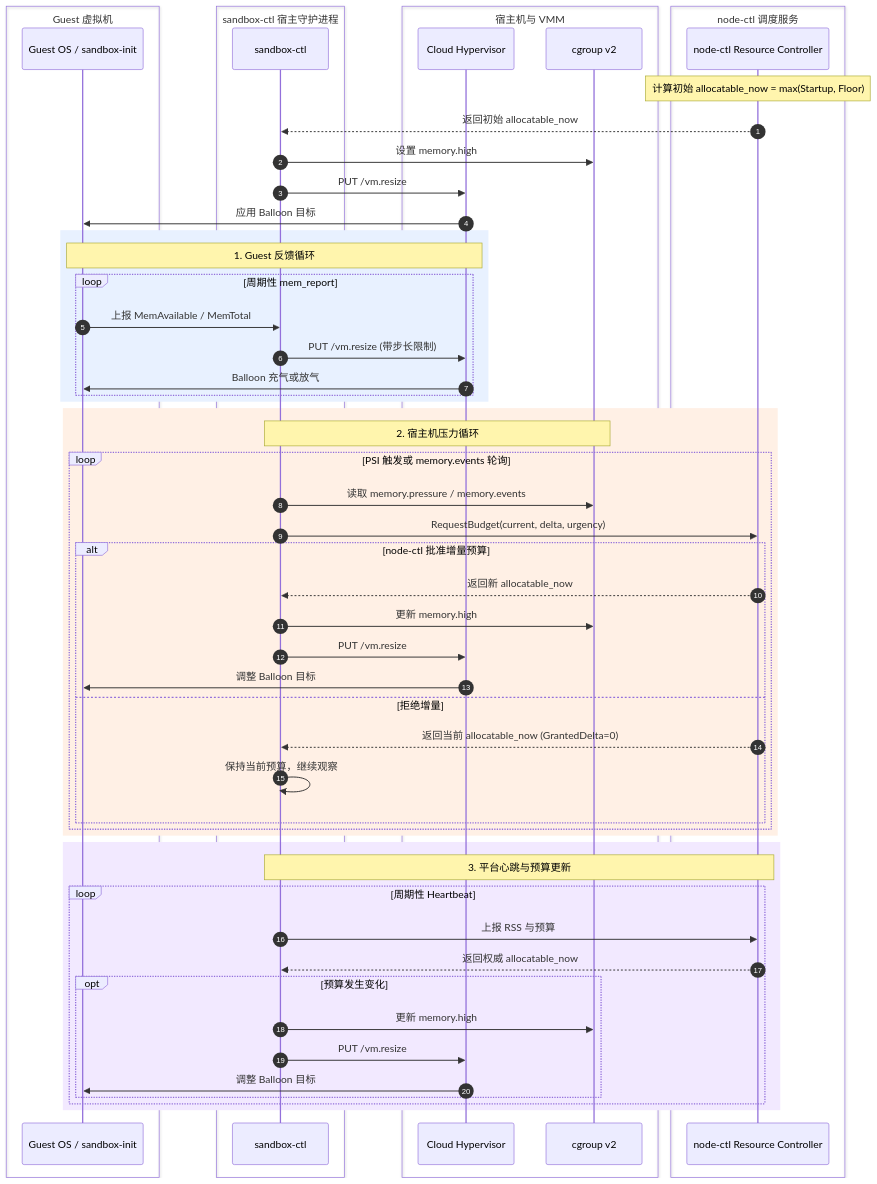
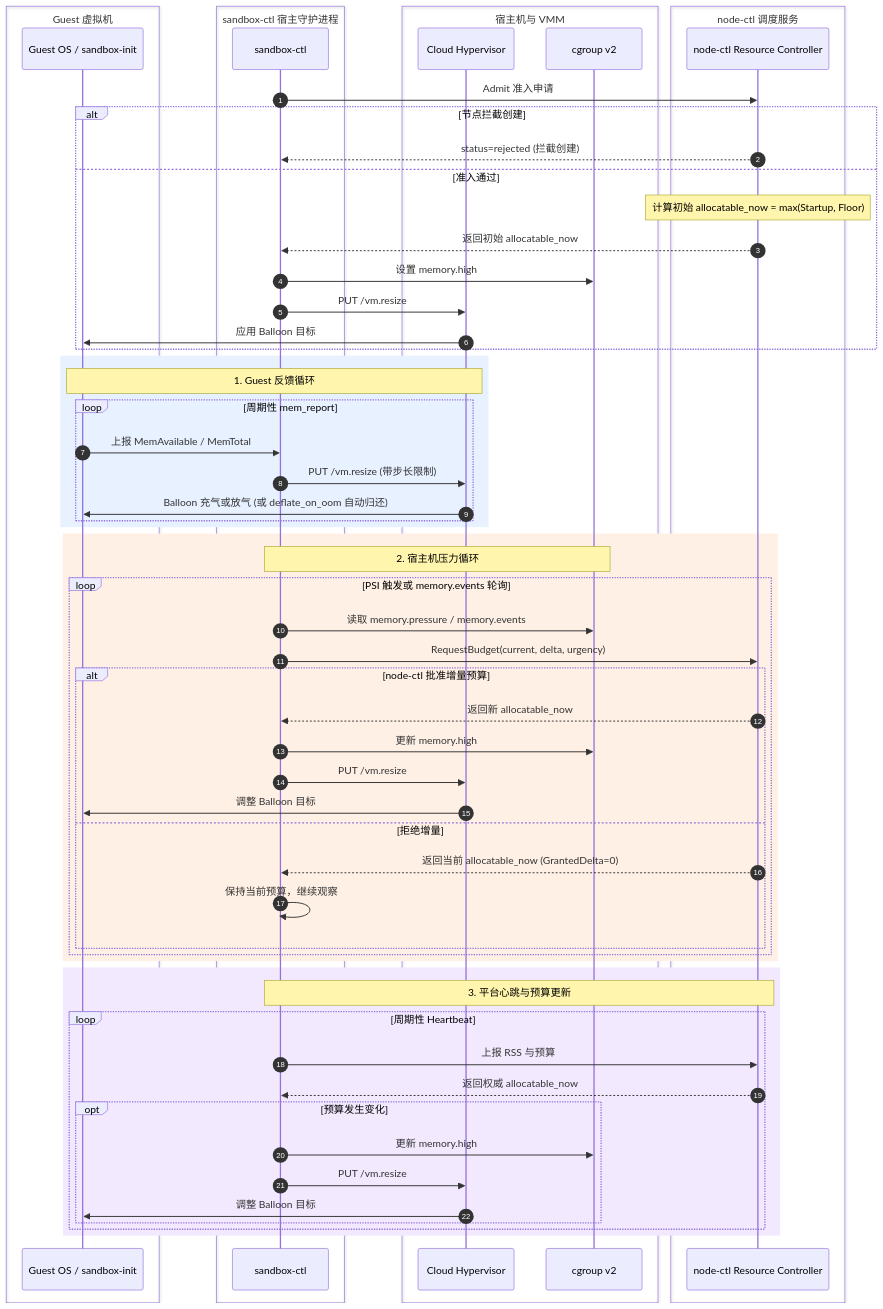
One commit to novahe/sandboxer changed the second of 4 diagrams in docs/sandboxer-design-overview.md. Above: the diagram before and after it, drawn with Mermaid. The commit also changed other lines of this file, not shown here.

Commit message:
add deflate_on_oom

````diff
--- a/docs/sandboxer-design-overview.md
+++ b/docs/sandboxer-design-overview.md
@@ -178,62 +180,67 @@
 ```mermaid
 sequenceDiagram
     autonumber
     box Guest 虚拟机
     participant Guest as Guest OS / sandbox-init
     end
     box sandbox-ctl 宿主守护进程
     participant SCT as sandbox-ctl
     end
     box 宿主机与 VMM
     participant CH as Cloud Hypervisor
     participant CG as cgroup v2
     end
     box node-ctl 调度服务
     participant NodeCtl as node-ctl Resource Controller
     end
 
-    Note over NodeCtl: 计算初始 allocatable_now = max(Startup, Floor)
-    NodeCtl-->>SCT: 返回初始 allocatable_now
-    SCT->>CG: 设置 memory.high
-    SCT->>CH: PUT /vm.resize
-    CH->>Guest: 应用 Balloon 目标
+    SCT->>NodeCtl: Admit 准入申请
+    alt 节点拦截创建
+        NodeCtl-->>SCT: status=rejected (拦截创建)
+    else 准入通过
+        Note over NodeCtl: 计算初始 allocatable_now = max(Startup, Floor)
+        NodeCtl-->>SCT: 返回初始 allocatable_now
+        SCT->>CG: 设置 memory.high
+        SCT->>CH: PUT /vm.resize
+        CH->>Guest: 应用 Balloon 目标
+    end
 
     rect rgb(232, 241, 255)
         Note over Guest,CH: 1. Guest 反馈循环
         loop 周期性 mem_report
             Guest->>SCT: 上报 MemAvailable / MemTotal
             SCT->>CH: PUT /vm.resize (带步长限制)
-            CH->>Guest: Balloon 充气或放气
+            CH->>Guest: Balloon 充气或放气 (或 deflate_on_oom 自动归还)
         end
     end
 
     rect rgb(255, 240, 229)
         Note over CG,SCT: 2. 宿主机压力循环
         loop PSI 触发或 memory.events 轮询
             SCT->>CG: 读取 memory.pressure / memory.events
             SCT->>NodeCtl: RequestBudget(current, delta, urgency)
             alt node-ctl 批准增量预算
                 NodeCtl-->>SCT: 返回新 allocatable_now
                 SCT->>CG: 更新 memory.high
                 SCT->>CH: PUT /vm.resize
                 CH->>Guest: 调整 Balloon 目标
             else 拒绝增量
                 NodeCtl-->>SCT: 返回当前 allocatable_now (GrantedDelta=0)
                 SCT->>SCT: 保持当前预算，继续观察
             end
         end
     end
 
     rect rgb(242, 233, 255)
         Note over SCT,NodeCtl: 3. 平台心跳与预算更新
         loop 周期性 Heartbeat
             SCT->>NodeCtl: 上报 RSS 与预算
             NodeCtl-->>SCT: 返回权威 allocatable_now
             opt 预算发生变化
                 SCT->>CG: 更新 memory.high
                 SCT->>CH: PUT /vm.resize
                 CH->>Guest: 调整 Balloon 目标
             end
         end
     end
 ```
````
